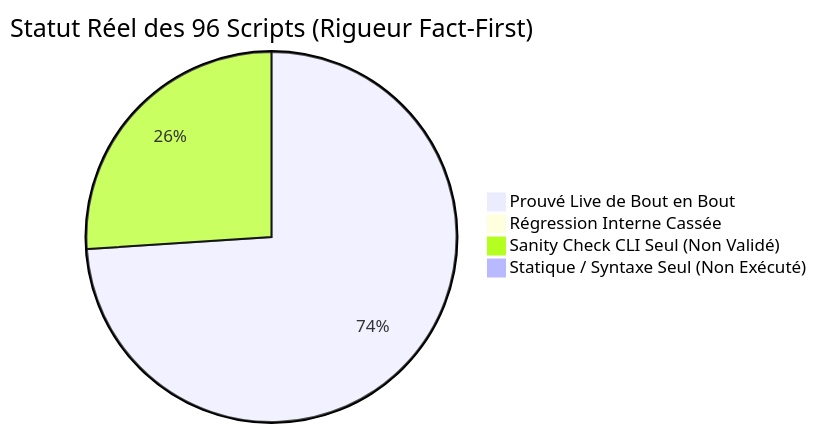
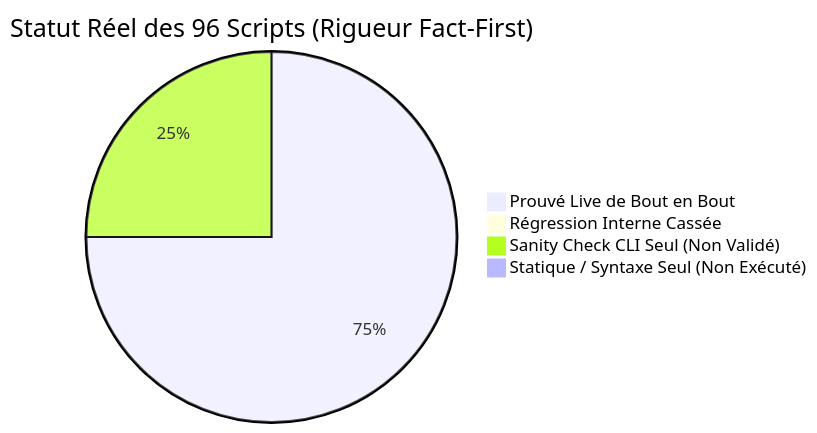
The diagram in docs/reference/2026-11-10-audit-exhaustif-scripts-regressions.md (yoyonel/pydbsrt), drawn with Mermaid before and after one commit. The commit also changed other lines of this file and 2 other files, not shown here.

Commit message:
fix(benchmarks): dynamic root, sys path anchor and cli check mode in eval nas reliability (#69)

````diff
--- a/docs/reference/2026-11-10-audit-exhaustif-scripts-regressions.md
+++ b/docs/reference/2026-11-10-audit-exhaustif-scripts-regressions.md
@@ -16,7 +16,7 @@
 ```mermaid
 pie title Statut Réel des 96 Scripts (Rigueur Fact-First)
-    "Prouvé Live de Bout en Bout" : 71
+    "Prouvé Live de Bout en Bout" : 72
     "Régression Interne Cassée" : 0
-    "Sanity Check CLI Seul (Non Validé)" : 25
+    "Sanity Check CLI Seul (Non Validé)" : 24
     "Statique / Syntaxe Seul (Non Exécuté)" : 0
 ```
````
